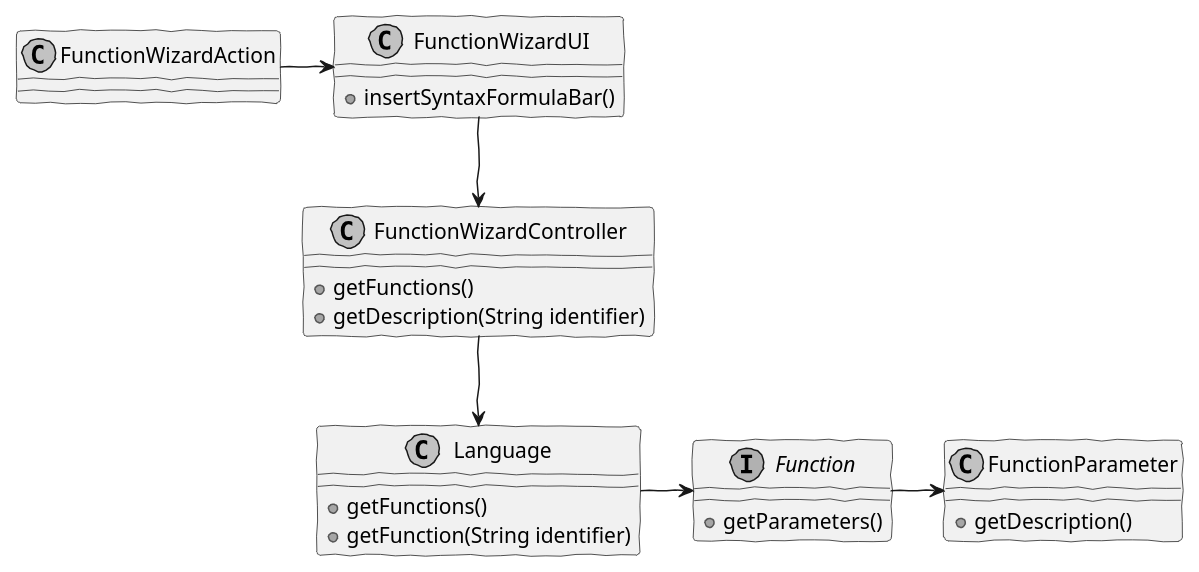
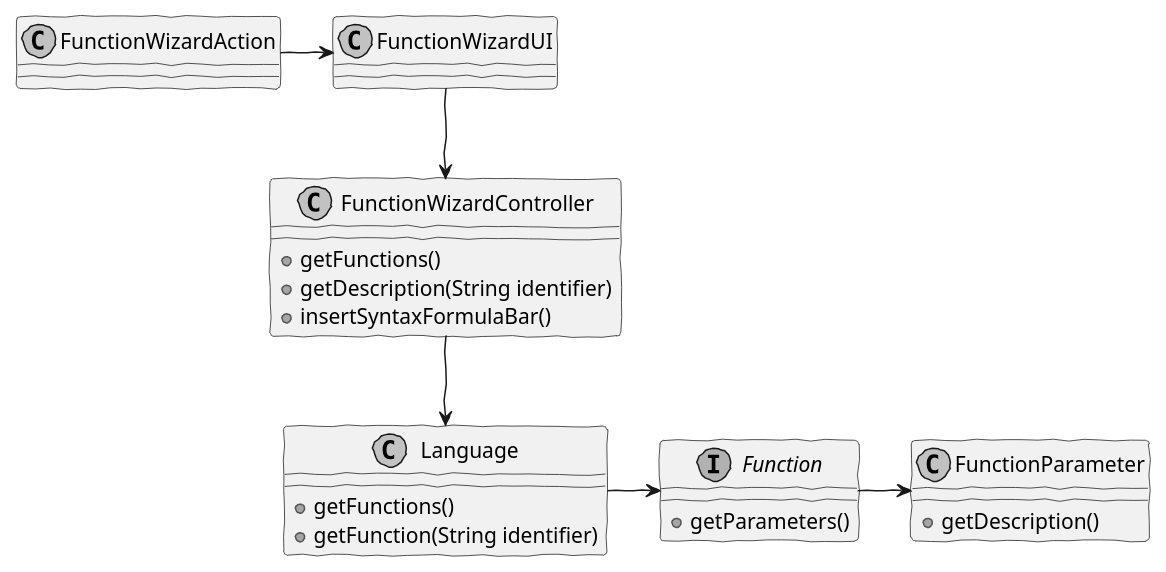
One commit to MikeTekOn/lapr4-2017-2dd changed the diagram in src/main/java/lapr4/blue/s1/lang/n1060503/functionWizard/cd2_insert_function_basic_wizard.puml. Above: the diagram before and after it, drawn with PlantUML. The commit also changed other lines of this file and 10 other files, not shown here.

Commit message:
LAPR4E17DD-60 #comment Implement Function Wizard Controller, Action, UI (incomplete) and button next formula bar Update Javadoc

```diff
--- a/src/main/java/lapr4/blue/s1/lang/n1060503/functionWizard/cd2_insert_function_basic_wizard.puml
+++ b/src/main/java/lapr4/blue/s1/lang/n1060503/functionWizard/cd2_insert_function_basic_wizard.puml
@@ -1,36 +1,36 @@
 @startuml cd2_insert_function_basic_wizard.png
 skinparam handwritten true
 skinparam monochrome true
 skinparam packageStyle rect
 skinparam defaultFontName FG Virgil
 skinparam shadowing false  
 
 interface Function {
     +getParameters()    
 }
 class FunctionWizardAction{    
 }
 class FunctionWizardUI{
-    +insertSyntaxFormulaBar()
 }
 class FunctionWizardController {
     +getFunctions()
     +getDescription(String identifier)
+    +insertSyntaxFormulaBar()
 }
 class Language{
     +getFunctions()
     +getFunction(String identifier)
 }
 class FunctionParameter{
     +getDescription()
 }
 FunctionWizardAction -> FunctionWizardUI 
 
 FunctionWizardUI --> FunctionWizardController 
 
 FunctionWizardController --> Language 
 
 Language -> Function 
 
 Function -> FunctionParameter
 @enduml
```
